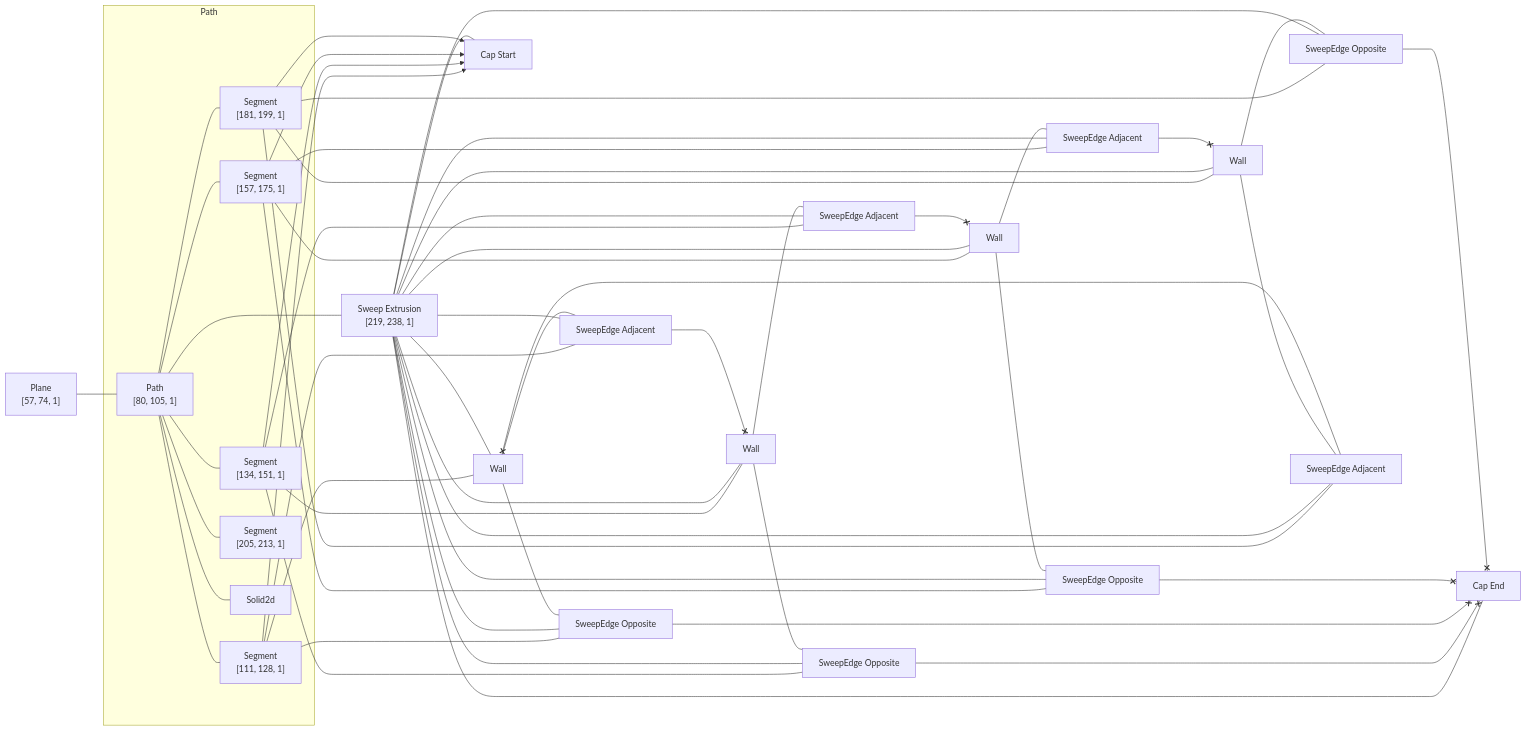
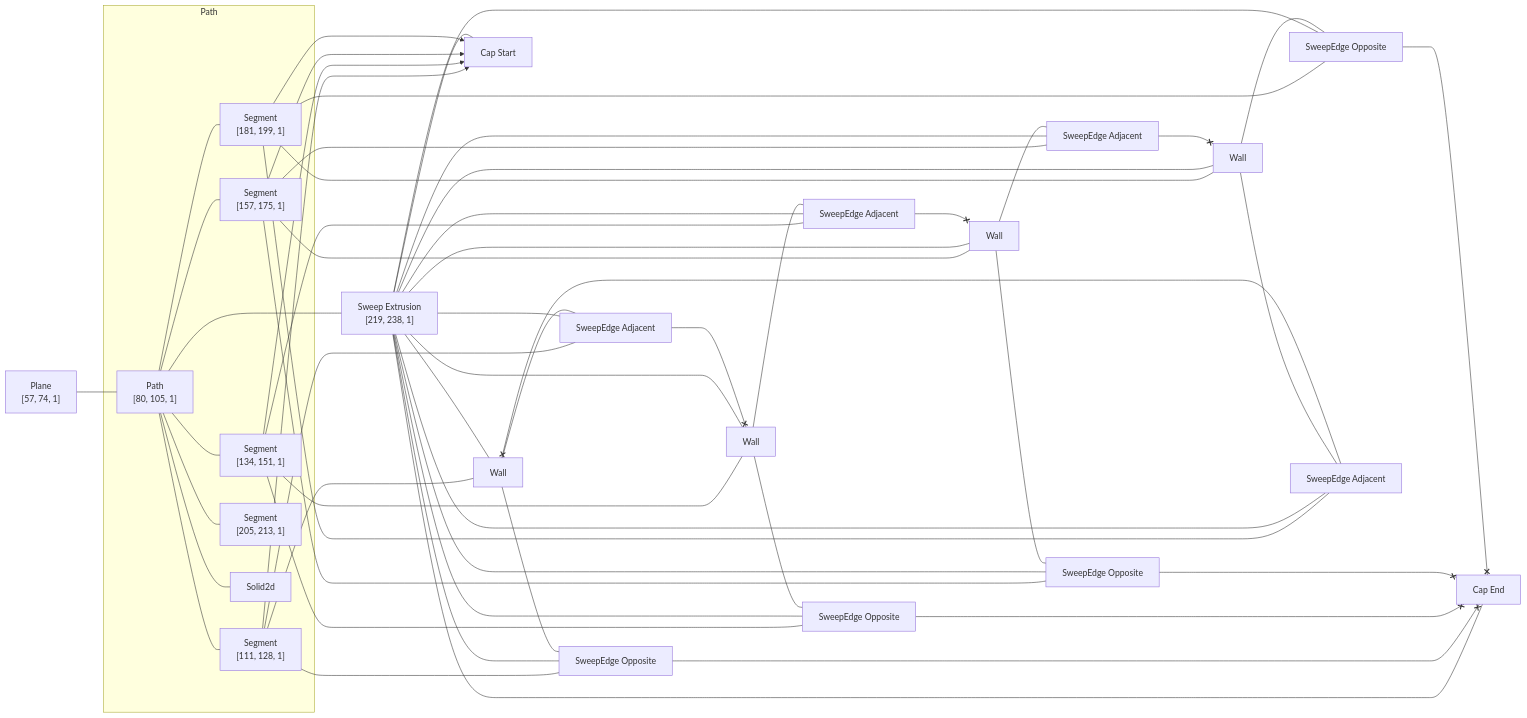
Before and after one commit to rajgandhi1/modeling-app: the diagram in rust/kcl-lib/tests/module_return_using_var/artifact_graph_flowchart.snap.md, drawn with Mermaid. The commit also changed 101 other files, not shown here.

````diff
--- a/rust/kcl-lib/tests/module_return_using_var/artifact_graph_flowchart.snap.md
+++ b/rust/kcl-lib/tests/module_return_using_var/artifact_graph_flowchart.snap.md
@@ -1,82 +1,82 @@
 ```mermaid
 flowchart LR
   subgraph path2 [Path]
     2["Path<br>[80, 105, 1]"]
     3["Segment<br>[111, 128, 1]"]
     4["Segment<br>[134, 151, 1]"]
     5["Segment<br>[157, 175, 1]"]
     6["Segment<br>[181, 199, 1]"]
     7["Segment<br>[205, 213, 1]"]
     8[Solid2d]
   end
   1["Plane<br>[57, 74, 1]"]
   9["Sweep Extrusion<br>[219, 238, 1]"]
   10[Wall]
   11[Wall]
   12[Wall]
   13[Wall]
   14["Cap Start"]
   15["Cap End"]
   16["SweepEdge Opposite"]
   17["SweepEdge Opposite"]
   18["SweepEdge Opposite"]
   19["SweepEdge Opposite"]
   20["SweepEdge Adjacent"]
   21["SweepEdge Adjacent"]
   22["SweepEdge Adjacent"]
   23["SweepEdge Adjacent"]
   1 --- 2
   2 --- 3
   2 --- 4
   2 --- 5
   2 --- 6
   2 --- 7
   2 --- 8
   2 ---- 9
   3 --- 12
   3 x--> 14
-  3 --- 17
+  3 --- 16
   3 --- 20
   4 --- 11
   4 x--> 14
-  4 --- 16
+  4 --- 17
   4 --- 21
   5 --- 10
   5 x--> 14
   5 --- 18
-  5 --- 23
+  5 --- 22
   6 --- 13
   6 x--> 14
   6 --- 19
-  6 --- 22
+  6 --- 23
   9 --- 10
   9 --- 11
   9 --- 12
   9 --- 13
   9 --- 14
   9 --- 15
   9 --- 16
   9 --- 17
   9 --- 18
   9 --- 19
   9 --- 20
   9 --- 21
   9 --- 22
   9 --- 23
   10 --- 18
   21 <--x 10
-  10 --- 23
-  11 --- 16
+  10 --- 22
+  11 --- 17
   20 <--x 11
   11 --- 21
-  12 --- 17
+  12 --- 16
   12 --- 20
-  22 <--x 12
+  23 <--x 12
   13 --- 19
-  13 --- 22
-  23 <--x 13
+  22 <--x 13
+  13 --- 23
   16 <--x 15
   17 <--x 15
   18 <--x 15
   19 <--x 15
 ```
````
